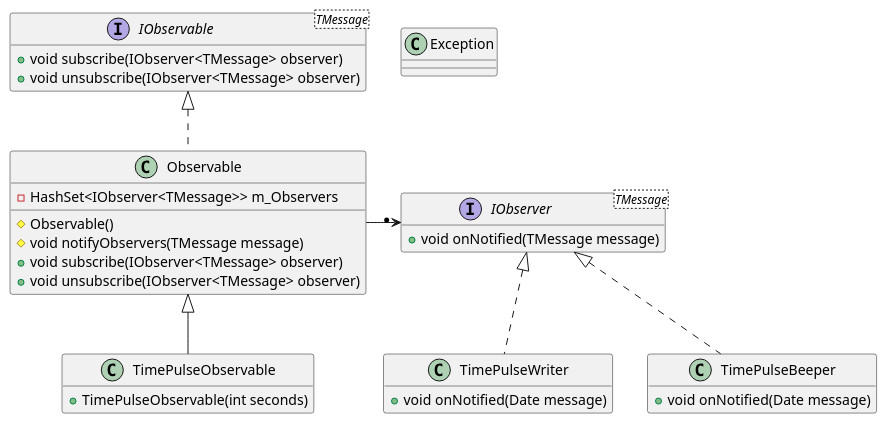
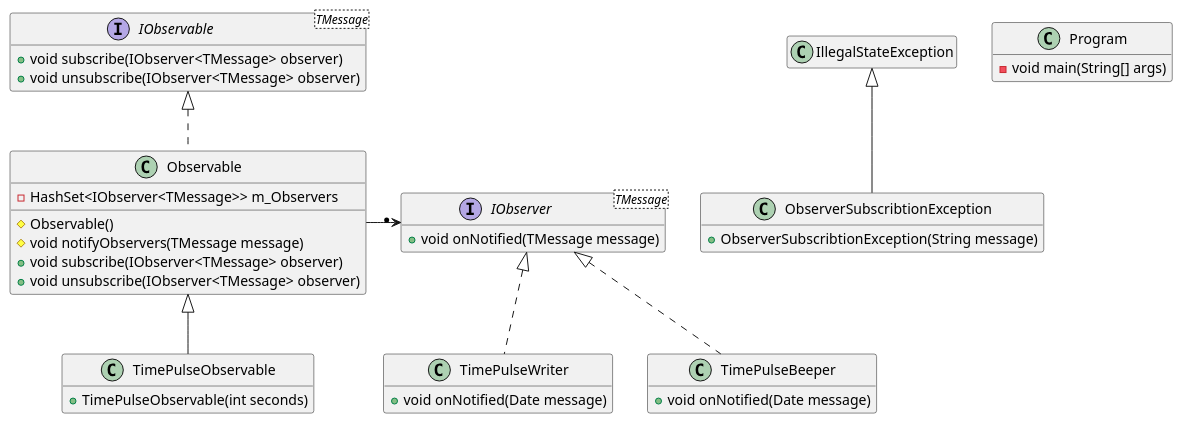
One commit to BeqaKhaburdzania/FreeUni-SDP-2013-Lab-UML changed the diagram in Observer/Observer.puml. Above: the diagram before and after it, drawn with PlantUML.

Commit message:
#19 corrected class diagram uml

```diff
--- a/Observer/Observer.puml
+++ b/Observer/Observer.puml
@@ -1,34 +1,41 @@
 @startuml
+
 	interface IObservable as "IObservable<TMessage>"
 	IObservable : + void subscribe(IObserver<TMessage> observer)
 	IObservable : + void unsubscribe(IObserver<TMessage> observer)
 	hide IObservable field
 	
 	class Observable implements IObservable
 	Observable : - HashSet<IObserver<TMessage>> m_Observers
 	Observable : # Observable()
 	Observable : # void notifyObservers(TMessage message)
 	Observable : + void subscribe(IObserver<TMessage> observer)
 	Observable : + void unsubscribe(IObserver<TMessage> observer)
 	
 	interface IObserver as "IObserver<TMessage>"
 	IObserver : + void onNotified(TMessage message) 
 	hide IObserver field
 	
 	class TimePulseWriter implements IObserver
 	TimePulseWriter : + void onNotified(Date message)
 	hide TimePulseWriter field
 	
 	class TimePulseBeeper implements IObserver
 	TimePulseBeeper : + void onNotified(Date message)
 	hide TimePulseBeeper field
 	
 	class TimePulseObservable extends Observable
 	TimePulseObservable : + TimePulseObservable(int seconds)
 	hide TimePulseObservable field
 	
-	class Exception
-	hide Exception members
+	Observable -> "* "IObserver
 	
-	Observable -> "* "IObserver
+	class ObserverSubscribtionException extends IllegalStateException
+	ObserverSubscribtionException : + ObserverSubscribtionException(String message)
+	hide ObserverSubscribtionException fields
+	hide IllegalStateException member
+	
+	class Program 
+	Program : -void main(String[] args)
+	hide Program field
 @enduml
```
